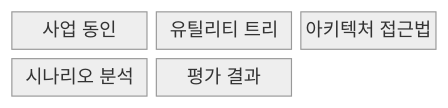
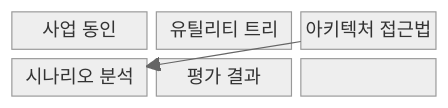
One commit to agnusdei1207/knowledge-base changed the first of 2 diagrams in src/content/docs/notes/03-software/071_atam.md. Above: the diagram before and after it, drawn with Mermaid (neutral theme). The commit also changed other lines of this file and 20 other files, not shown here.

````diff
--- a/src/content/docs/notes/03-software/071_atam.md
+++ b/src/content/docs/notes/03-software/071_atam.md
@@ -55,9 +60,11 @@
 ```mermaid
-block-beta
+block
   columns 3
   B["사업 동인"]
   U["유틸리티 트리"]
   A["아키텍처 접근법"]
   N["시나리오 분석"]
   R["평가 결과"]
+  B --> U --> N --> R
+  A --> N
 ```
````
